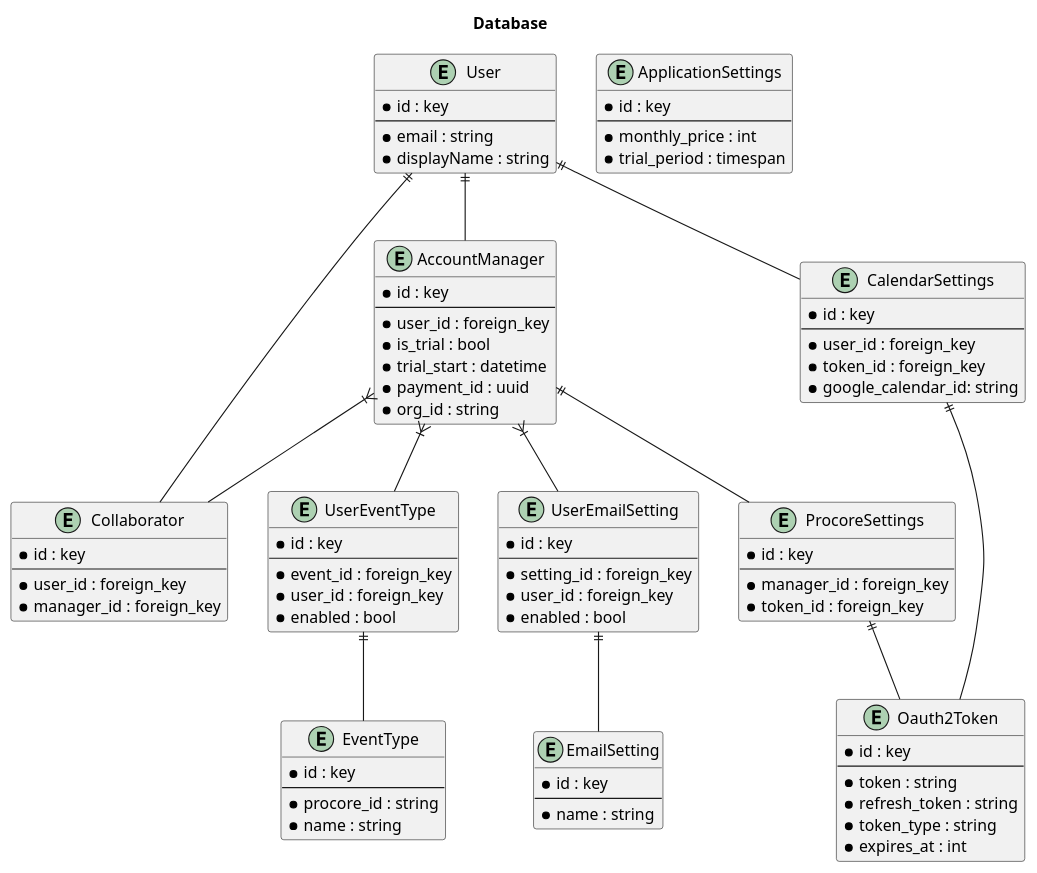
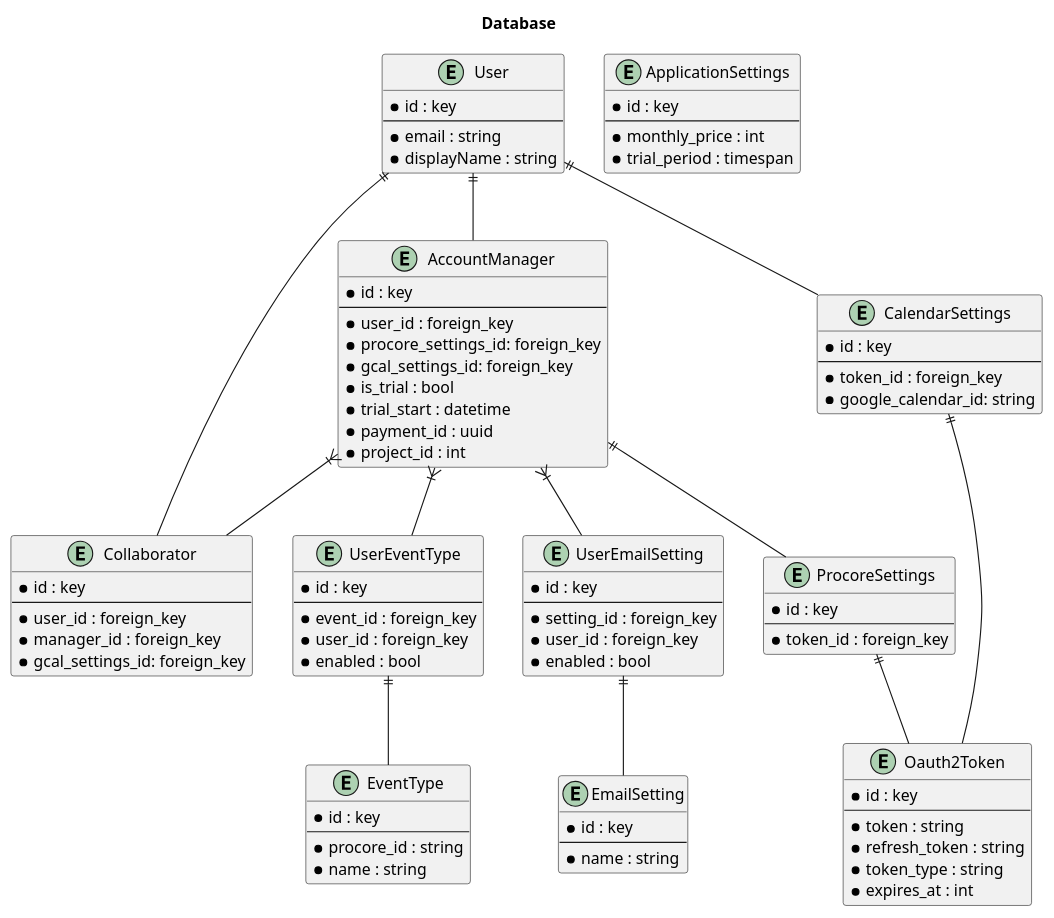
The diagram in diagrams/database.wsd (adhurjaty/procore-gcal), drawn with PlantUML before and after one commit. The commit also changed 7 other files, not shown here.

```diff
--- a/diagrams/database.wsd
+++ b/diagrams/database.wsd
@@ -1,100 +1,101 @@
 @startuml
 title Database
 
 entity User {
     * id : key
     ---
     * email : string
     * displayName : string
 }
 
 entity Oauth2Token {
     * id : key
     ---
     * token : string
     * refresh_token : string
     * token_type : string
     * expires_at : int
 }
 
 entity AccountManager {
     * id : key
     ---
     * user_id : foreign_key
+    * procore_settings_id: foreign_key
+    * gcal_settings_id: foreign_key
     * is_trial : bool
     * trial_start : datetime
     * payment_id : uuid
-    * org_id : string
+    * project_id : int
 }
 
 entity Collaborator {
     * id : key
     ---
     * user_id : foreign_key
     * manager_id : foreign_key
+    * gcal_settings_id: foreign_key
 }
 
 entity ProcoreSettings {
     * id : key
     ---
-    * manager_id : foreign_key
     * token_id : foreign_key
 }
 
 entity CalendarSettings {
     * id : key
     ---
-    * user_id : foreign_key
     * token_id : foreign_key
     * google_calendar_id: string
 }
 
 entity ApplicationSettings {
     * id : key
     ---
     * monthly_price : int
     * trial_period : timespan
 }
 
 entity EmailSetting {
     * id : key
     ---
     * name : string
 }
 
 entity EventType {
     * id : key
     ---
     * procore_id : string
     * name : string
 }
 
 entity UserEmailSetting {
     * id : key
     ---
     * setting_id : foreign_key
     * user_id : foreign_key
     * enabled : bool
 }
 
 entity UserEventType {
     * id : key
     ---
     * event_id : foreign_key
     * user_id : foreign_key
     * enabled : bool
 }
 
 AccountManager ||-- ProcoreSettings
 User ||-- AccountManager
 User ||-- CalendarSettings
 User ||-- Collaborator
 AccountManager }|-- Collaborator
 ProcoreSettings ||-- Oauth2Token
 CalendarSettings ||-- Oauth2Token
 AccountManager }|-- UserEmailSetting
 AccountManager }|-- UserEventType
 UserEventType ||-- EventType
 UserEmailSetting ||-- EmailSetting
 
 @enduml
```
